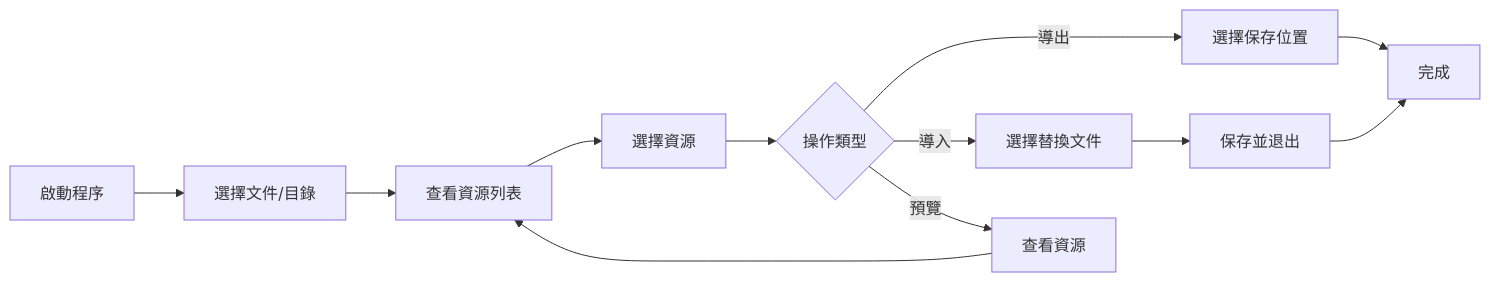
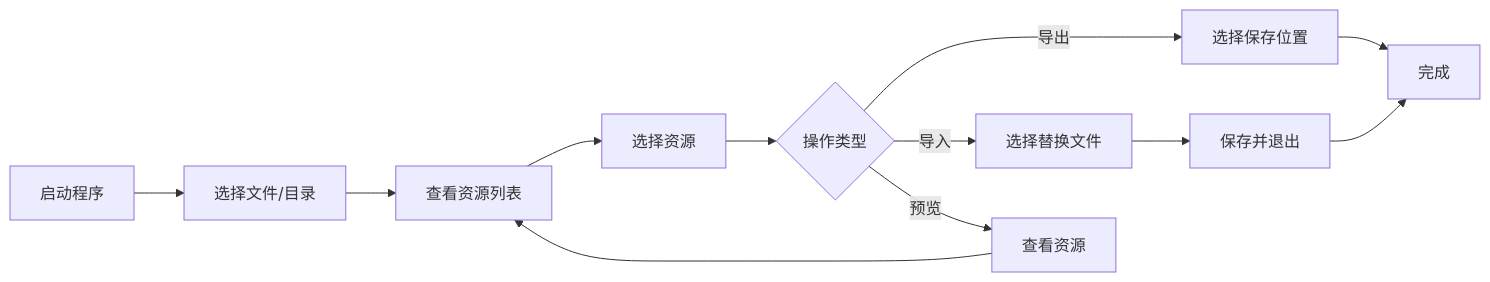
One commit to Alanshown/AOV_UABE_2022 changed the diagram in README.md. Above: the diagram before and after it, drawn with Mermaid. The commit also changed other lines of this file and 126 other files, not shown here.

````diff
--- a/README.md
+++ b/README.md
@@ -146,14 +146,14 @@
 ```mermaid
 graph LR
-    A[啟動程序] --> B[選擇文件/目錄]
-    B --> C[查看資源列表]
-    C --> D[選擇資源]
-    D --> E{操作類型}
-    E -->|導出| F[選擇保存位置]
-    E -->|導入| G[選擇替換文件]
-    E -->|預覽| H[查看資源]
-    F --> I[完成]
-    G --> J[保存並退出]
-    H --> C
-    J --> I
+A[启动程序] --> B[选择文件/目录]
+B --> C[查看资源列表]
+C --> D[选择资源]
+D --> E{操作类型}
+E -->|导出| F[选择保存位置]
+E -->|导入| G[选择替换文件]
+E -->|预览| H[查看资源]
+F --> I[完成]
+G --> J[保存并退出]
+H --> C
+J --> I
 ```
````
